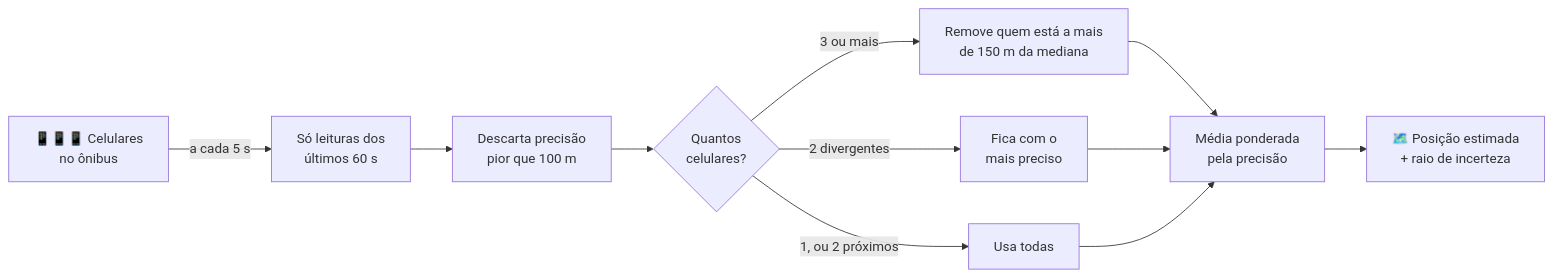
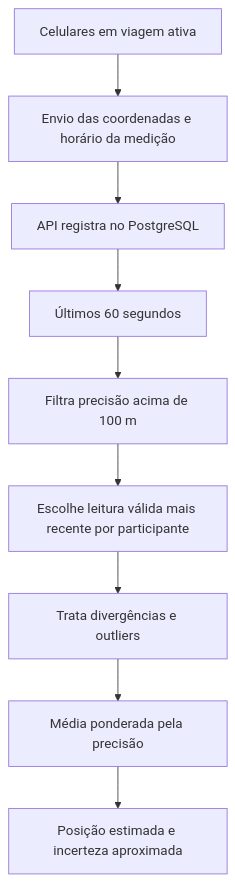
One commit to Jonhs1/BUS.AI-TCC changed the second of 3 diagrams in README.md. Above: the diagram before and after it, drawn with Mermaid. The commit also changed other lines of this file, not shown here.

````diff
--- a/README.md
+++ b/README.md
@@ -83,13 +92,11 @@
 ```mermaid
-flowchart LR
-    A["📱📱📱 Celulares<br>no ônibus"] -->|"a cada 5 s"| B["Só leituras dos<br>últimos 60 s"]
-    B --> C["Descarta precisão<br>pior que 100 m"]
-    C --> D{"Quantos<br>celulares?"}
-    D -->|"3 ou mais"| E["Remove quem está a mais<br>de 150 m da mediana"]
-    D -->|"2 divergentes"| F["Fica com o<br>mais preciso"]
-    D -->|"1, ou 2 próximos"| G["Usa todas"]
-    E --> H["Média ponderada<br>pela precisão"]
-    F --> H
-    G --> H
-    H --> I["🗺️ Posição estimada<br>+ raio de incerteza"]
+flowchart TD
+    A[Celulares em viagem ativa] --> B[Envio das coordenadas e horário da medição]
+    B --> C[API registra no PostgreSQL]
+    C --> D[Últimos 60 segundos]
+    D --> E[Filtra precisão acima de 100 m]
+    E --> F[Escolhe leitura válida mais recente por participante]
+    F --> G[Trata divergências e outliers]
+    G --> H[Média ponderada pela precisão]
+    H --> I[Posição estimada e incerteza aproximada]
 ```
````
